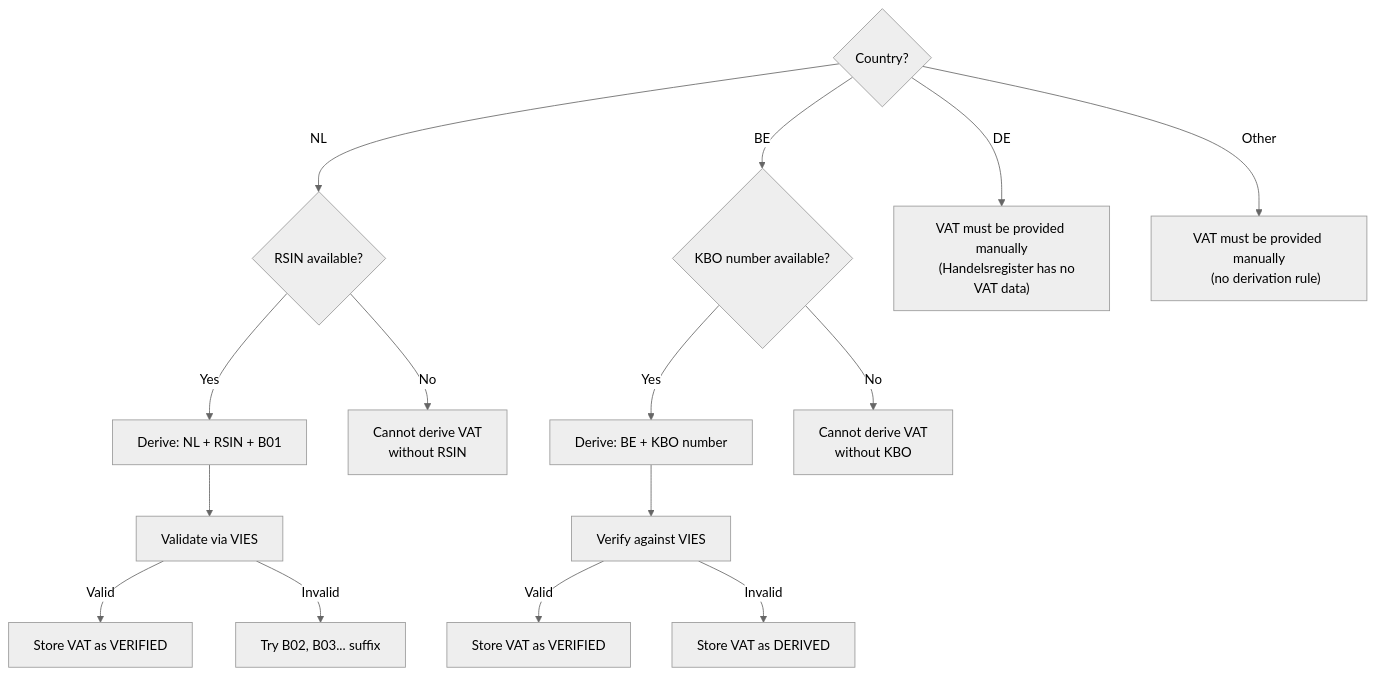
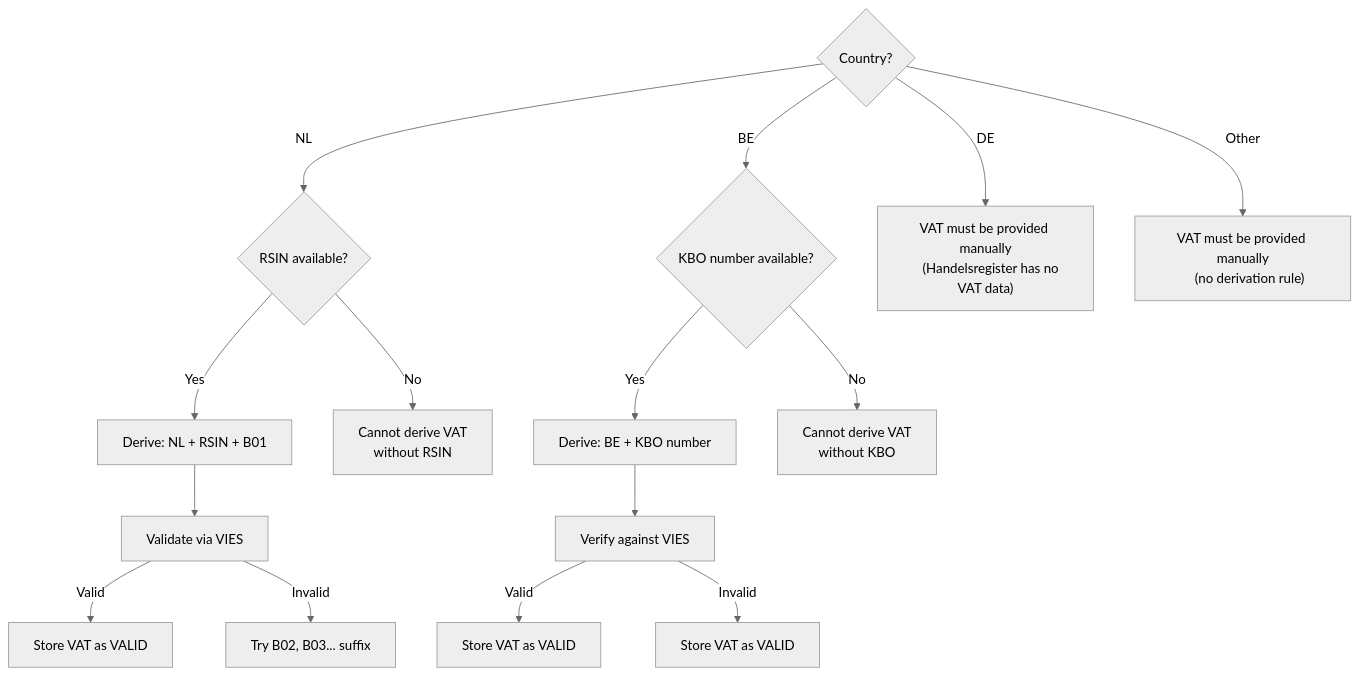
The seventh of 8 diagrams in docs/ENRICHMENT_ARCHITECTURE.md (DeNoronha/ctn-asr-demo), drawn with Mermaid (neutral theme) before and after one commit. The commit also changed other lines of this file and 15 other files, not shown here.

````diff
--- a/docs/ENRICHMENT_ARCHITECTURE.md
+++ b/docs/ENRICHMENT_ARCHITECTURE.md
@@ -638,24 +638,24 @@
 ```mermaid
 flowchart TD
     Q1{Country?}
     Q1 -->|NL| Q2{RSIN available?}
     Q1 -->|BE| Q3{KBO number available?}
     Q1 -->|DE| MANUAL_DE["VAT must be provided manually
     (Handelsregister has no VAT data)"]
     Q1 -->|Other| MANUAL_OTHER["VAT must be provided manually
     (no derivation rule)"]
 
     Q2 -->|Yes| DERIVE_NL["Derive: NL + RSIN + B01"]
     Q2 -->|No| NO_RSIN["Cannot derive VAT
     without RSIN"]
     DERIVE_NL --> VALIDATE_NL[Validate via VIES]
-    VALIDATE_NL -->|Valid| STORE_NL[Store VAT as VERIFIED]
+    VALIDATE_NL -->|Valid| STORE_NL[Store VAT as VALID]
     VALIDATE_NL -->|Invalid| TRY_B02["Try B02, B03... suffix"]
 
     Q3 -->|Yes| DERIVE_BE["Derive: BE + KBO number"]
     Q3 -->|No| NO_KBO["Cannot derive VAT
     without KBO"]
     DERIVE_BE --> VALIDATE_BE[Verify against VIES]
-    VALIDATE_BE -->|Valid| STORE_BE_V[Store VAT as VERIFIED]
-    VALIDATE_BE -->|Invalid| STORE_BE_D[Store VAT as DERIVED]
+    VALIDATE_BE -->|Valid| STORE_BE_V[Store VAT as VALID]
+    VALIDATE_BE -->|Invalid| STORE_BE_D[Store VAT as VALID]
 ```
````
